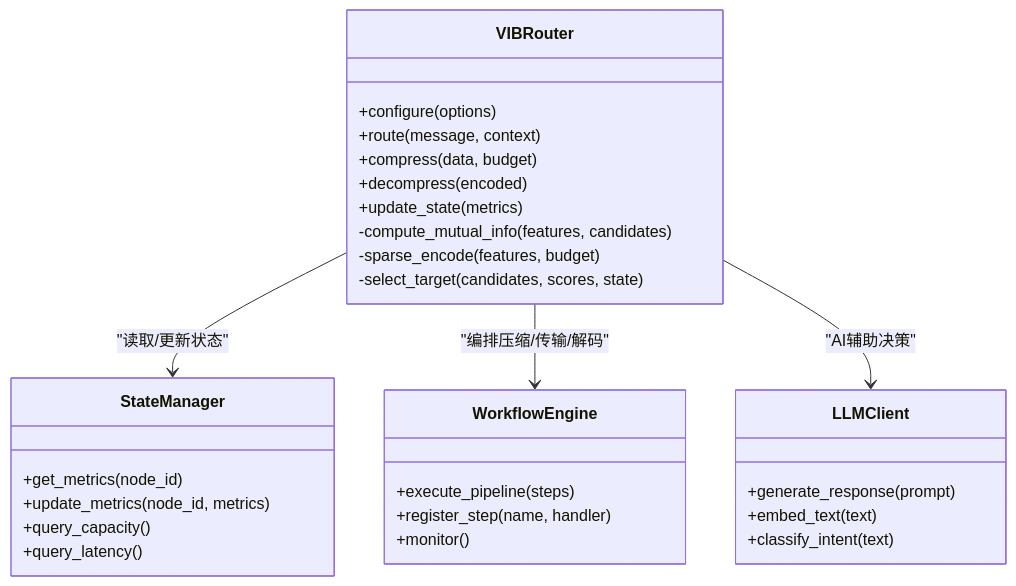
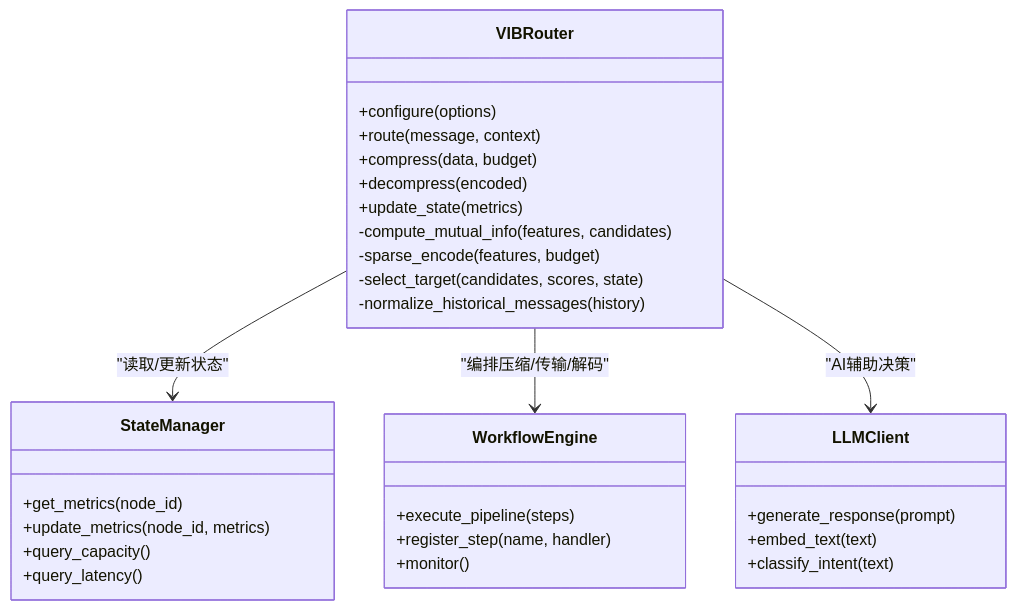
Before and after one commit to QuStarry/VIB-SparseCommunication: the third of 4 diagrams in .qoder/repowiki/zh/content/核心架构/VIB路由器.md, drawn with Mermaid. The commit also changed other lines of this file and 18 other files, not shown here.

````diff
--- a/.qoder/repowiki/zh/content/核心架构/VIB路由器.md
+++ b/.qoder/repowiki/zh/content/核心架构/VIB路由器.md
@@ -156,32 +164,33 @@
 ```mermaid
 classDiagram
 class VIBRouter {
 +configure(options)
 +route(message, context)
 +compress(data, budget)
 +decompress(encoded)
 +update_state(metrics)
 -compute_mutual_info(features, candidates)
 -sparse_encode(features, budget)
 -select_target(candidates, scores, state)
+-normalize_historical_messages(history)
 }
 class StateManager {
 +get_metrics(node_id)
 +update_metrics(node_id, metrics)
 +query_capacity()
 +query_latency()
 }
 class WorkflowEngine {
 +execute_pipeline(steps)
 +register_step(name, handler)
 +monitor()
 }
 class LLMClient {
 +generate_response(prompt)
 +embed_text(text)
 +classify_intent(text)
 }
 VIBRouter --> StateManager : "读取/更新状态"
 VIBRouter --> WorkflowEngine : "编排压缩/传输/解码"
 VIBRouter --> LLMClient : "AI辅助决策"
 ```
````
